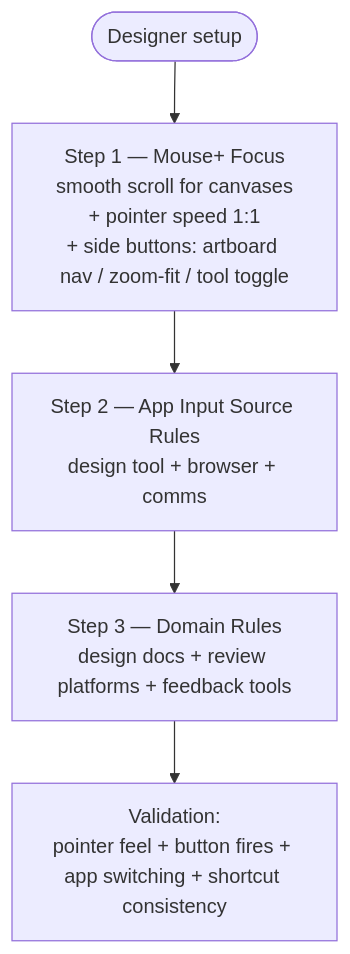
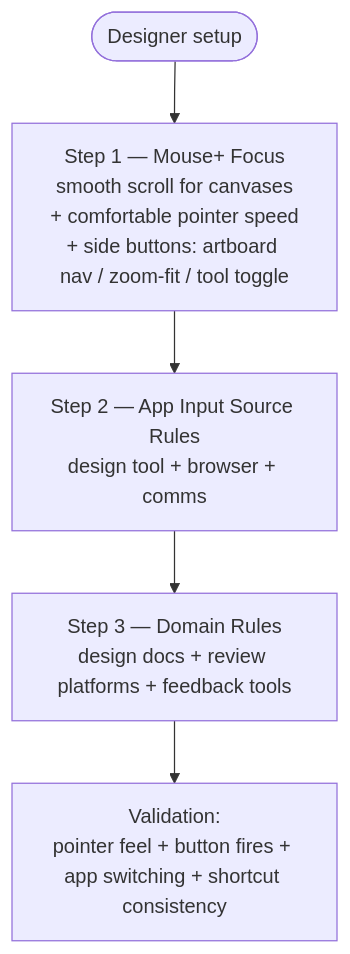
Before and after one commit to xiaopozhu/linguax-web: the diagram in docs/getting-started/setup-for-designers.md, drawn with Mermaid. The commit also changed other lines of this file and 110 other files, not shown here.

````diff
--- a/docs/getting-started/setup-for-designers.md
+++ b/docs/getting-started/setup-for-designers.md
@@ -12,7 +12,7 @@
 ```mermaid
 flowchart TD
-    S([Designer setup]) --> M[Step 1 — Mouse+ Focus<br/>smooth scroll for canvases<br/>+ pointer speed 1:1<br/>+ side buttons: artboard nav / zoom-fit / tool toggle]
+    S([Designer setup]) --> M[Step 1 — Mouse+ Focus<br/>smooth scroll for canvases<br/>+ comfortable pointer speed<br/>+ side buttons: artboard nav / zoom-fit / tool toggle]
     M --> A[Step 2 — App Input Source Rules<br/>design tool + browser + comms]
     A --> D[Step 3 — Domain Rules<br/>design docs + review platforms + feedback tools]
     D --> V[Validation:<br/>pointer feel + button fires + app switching + shortcut consistency]
 ```
````
